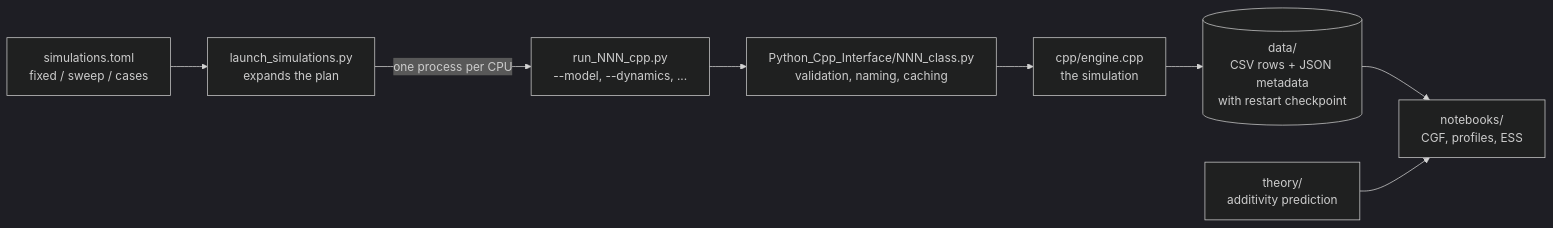
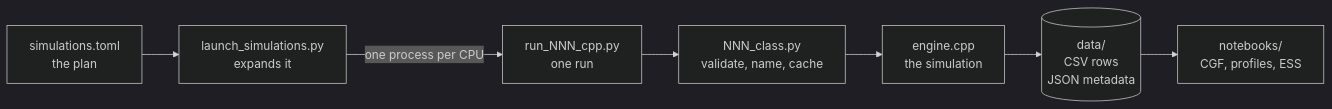
One commit to jcosta99/Rare-Events-Simulator changed the first of 3 diagrams in Simulator/docs/SIMULATION_FLOW.md. Above: the diagram before and after it, drawn with Mermaid (dark theme). The commit also changed other lines of this file, not shown here.

Commit message:
Flow Chart corrections

````diff
--- a/Simulator/docs/SIMULATION_FLOW.md
+++ b/Simulator/docs/SIMULATION_FLOW.md
@@ -28,10 +29,9 @@
 ```mermaid
 flowchart LR
-    toml["simulations.toml<br/>fixed / sweep / cases"] --> launcher["launch_simulations.py<br/>expands the plan"]
-    launcher -->|"one process per CPU"| cli["run_NNN_cpp.py<br/>--model, --dynamics, ..."]
-    cli --> wrapper["Python_Cpp_Interface/NNN_class.py<br/>validation, naming, caching"]
-    wrapper --> engine["cpp/engine.cpp<br/>the simulation"]
-    engine --> store[("data/<br/>CSV rows + JSON metadata<br/>with restart checkpoint")]
+    toml["simulations.toml<br/>the plan"] --> launcher["launch_simulations.py<br/>expands it"]
+    launcher -->|"one process per CPU"| cli["run_NNN_cpp.py<br/>one run"]
+    cli --> wrapper["NNN_class.py<br/>validate, name, cache"]
+    wrapper --> engine["engine.cpp<br/>the simulation"]
+    engine --> store[("data/<br/>CSV rows<br/>JSON metadata")]
     store --> nb["notebooks/<br/>CGF, profiles, ESS"]
-    theory["theory/<br/>additivity prediction"] --> nb
 ```
````
